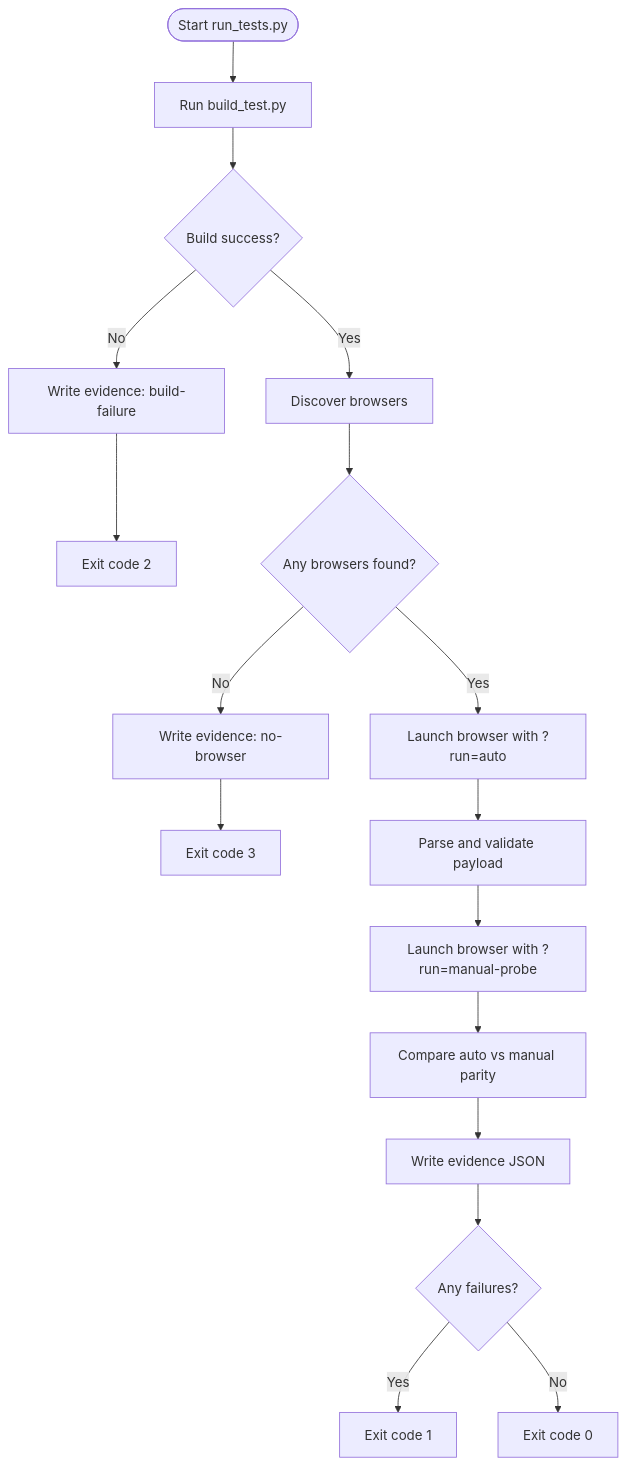
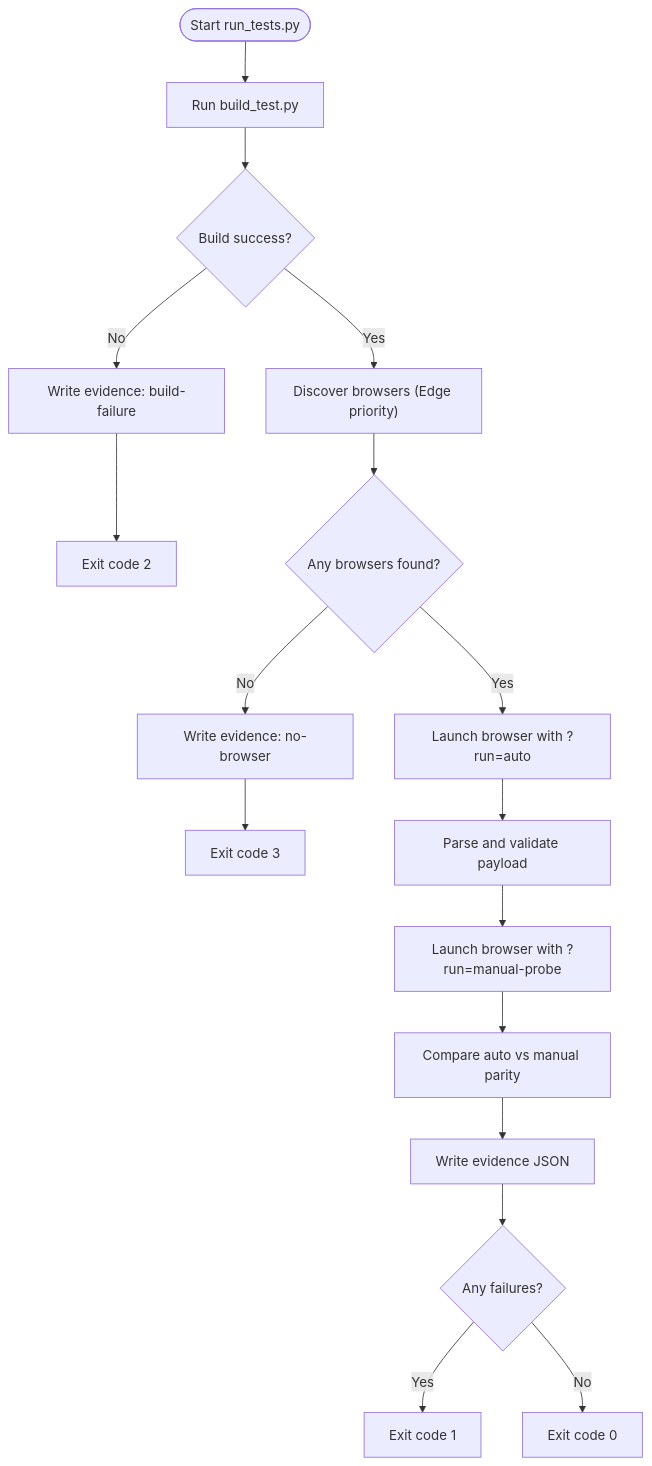
The third of 7 diagrams in .qoder/repowiki/en/content/Development Guide/Testing Infrastructure.md (stc05168/ov-mj-calculator), drawn with Mermaid before and after one commit. The commit also changed other lines of this file and 17 other files, not shown here.

````diff
--- a/.qoder/repowiki/en/content/Development Guide/Testing Infrastructure.md
+++ b/.qoder/repowiki/en/content/Development Guide/Testing Infrastructure.md
@@ -173,19 +182,19 @@
 ```mermaid
 flowchart TD
 Start(["Start run_tests.py"]) --> Build["Run build_test.py"]
 Build --> BuildOK{"Build success?"}
 BuildOK --> |No| EvidenceFail["Write evidence: build-failure"]
 EvidenceFail --> Exit2["Exit code 2"]
-BuildOK --> |Yes| Discover["Discover browsers"]
+BuildOK --> |Yes| Discover["Discover browsers (Edge priority)"]
 Discover --> Found{"Any browsers found?"}
 Found --> |No| EvidenceNoBrowser["Write evidence: no-browser"]
 EvidenceNoBrowser --> Exit3["Exit code 3"]
 Found --> |Yes| RunAuto["Launch browser with ?run=auto"]
 RunAuto --> ParseAuto["Parse and validate payload"]
 ParseAuto --> Parity["Launch browser with ?run=manual-probe"]
 Parity --> Compare["Compare auto vs manual parity"]
 Compare --> Evidence["Write evidence JSON"]
 Evidence --> ExitCode{"Any failures?"}
 ExitCode --> |Yes| Exit1["Exit code 1"]
 ExitCode --> |No| Exit0["Exit code 0"]
 ```
````
